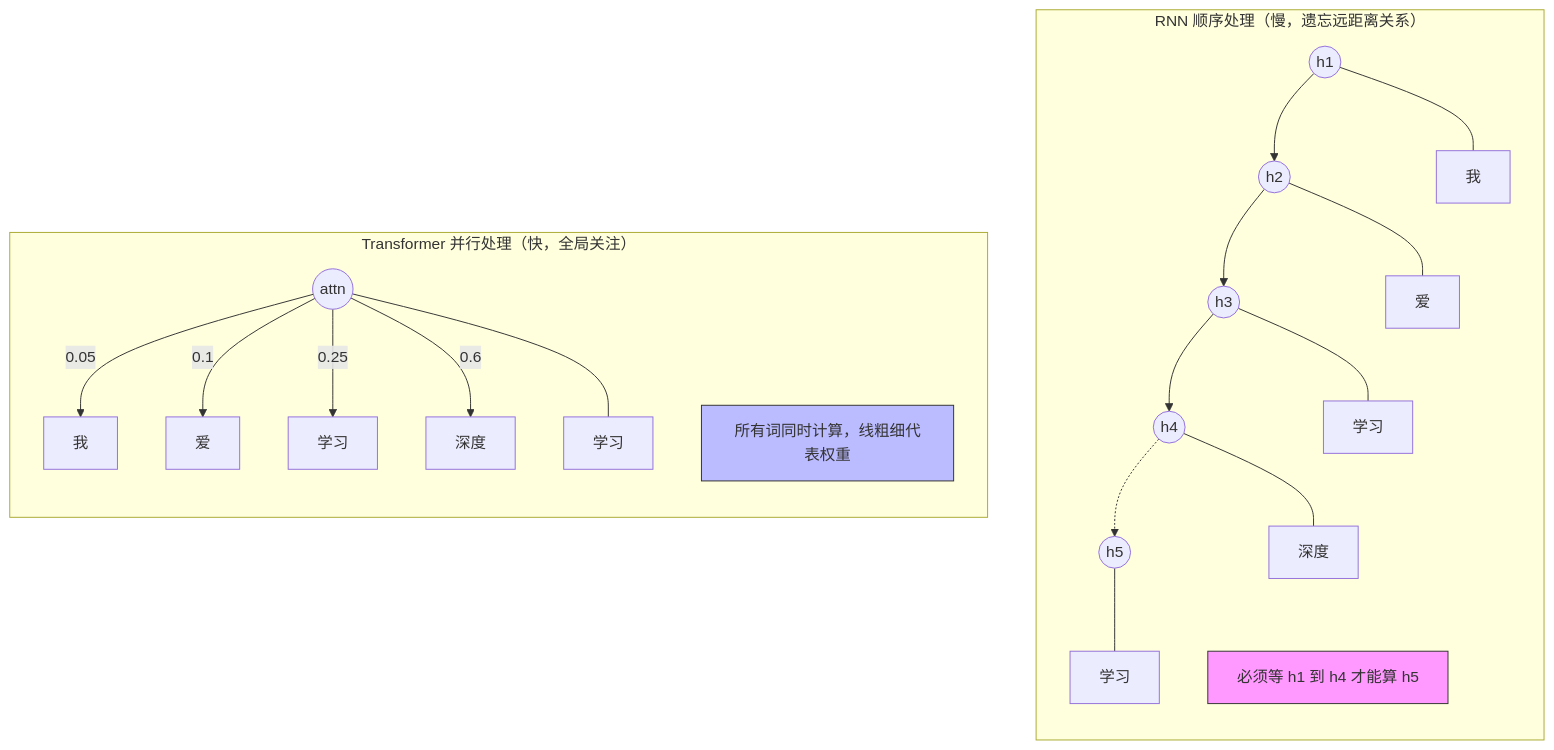
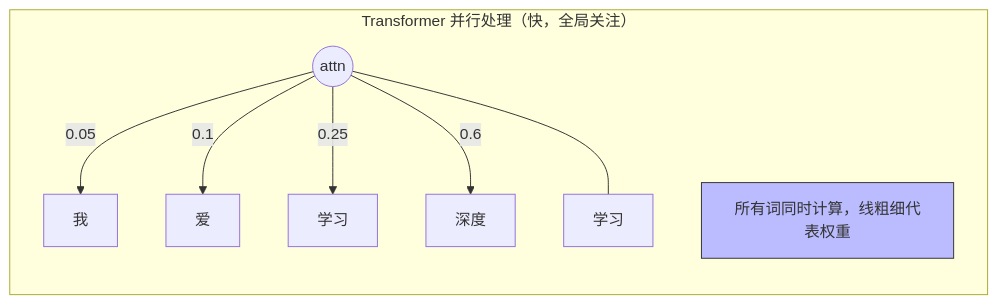
Before and after one commit to I8Zoro8I/zoro_blog: the second of 7 diagrams in docs/column/AI/pyTorch/11Transformer.md, drawn with Mermaid. The commit also changed 5 other files, not shown here.

````diff
--- a/docs/column/AI/pyTorch/11Transformer.md
+++ b/docs/column/AI/pyTorch/11Transformer.md
@@ -30,35 +46,22 @@
 ```mermaid
 graph TD
-    subgraph RNN_Section ["RNN 顺序处理（慢，遗忘远距离关系）"]
-        direction TB
-        h1((h1)) --> h2((h2)) --> h3((h3)) --> h4((h4)) -.-> h5((h5))
-        h1 --- W1[我]
-        h2 --- W2[爱]
-        h3 --- W3[学习]
-        h4 --- W4[深度]
-        h5 --- W5[学习]
-        
-        NoteRNN[必须等 h1 到 h4 才能算 h5]
-        style NoteRNN fill:#f9f,stroke:#333,stroke-width:1px
-    end
-
-    subgraph Transformer_Section ["Transformer 并行处理（快，全局关注）"]
+subgraph Transformer_Section ["Transformer 并行处理（快，全局关注）"]
         direction TB
         Attn((attn))
         
         W1_T[我]
         W2_T[爱]
         W3_T[学习]
         W4_T[深度]
         W5_T[学习]
 
         Attn -- "0.05" --> W1_T
         Attn -- "0.1" --> W2_T
         Attn -- "0.25" --> W3_T
         Attn -- "0.6" --> W4_T
         Attn --- W5_T
         
         NoteTrans[所有词同时计算，线粗细代表权重]
         style NoteTrans fill:#bbf,stroke:#333,stroke-width:1px
     end
 ```
````
